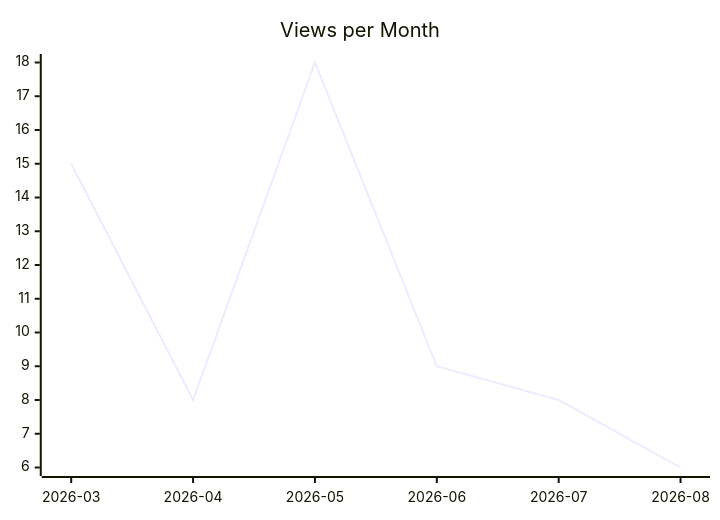
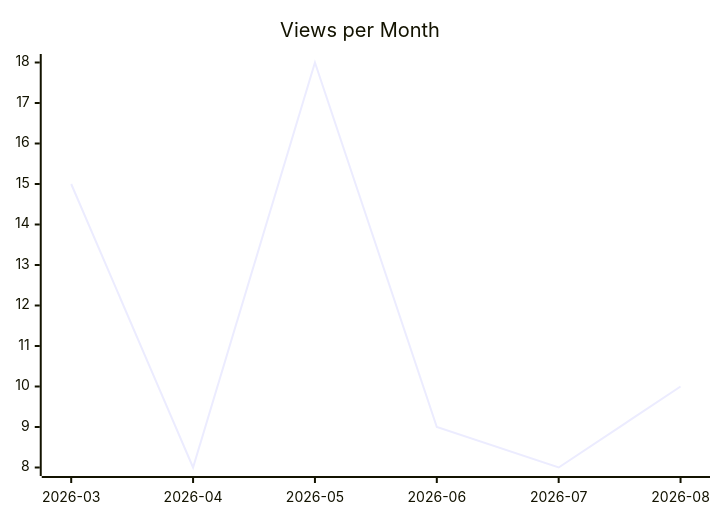
One commit to justdavis-family/github-analytics-data changed the second of 3 diagrams in karlmdavis/xmlpull/README.md. Above: the diagram before and after it, drawn with Mermaid. The commit also changed other lines of this file and 172 other files, not shown here.

````diff
--- a/karlmdavis/xmlpull/README.md
+++ b/karlmdavis/xmlpull/README.md
@@ -12,6 +12,6 @@
 ```mermaid
 xychart-beta
   title "Views per Month"
   x-axis ["2026-03", "2026-04", "2026-05", "2026-06", "2026-07", "2026-08"]
-  line [15, 8, 18, 9, 8, 6]
+  line [15, 8, 18, 9, 8, 10]
 ```
````
